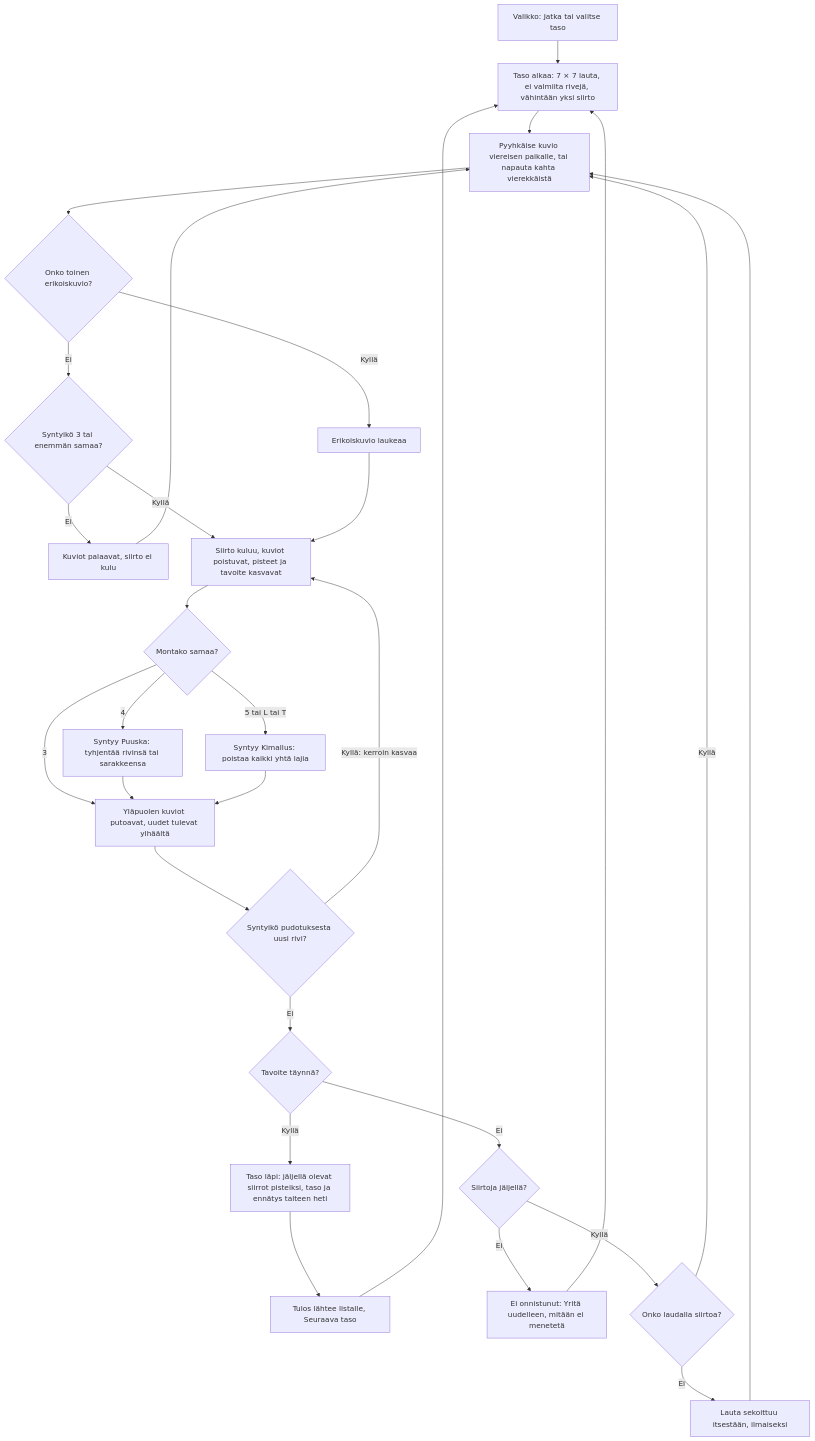
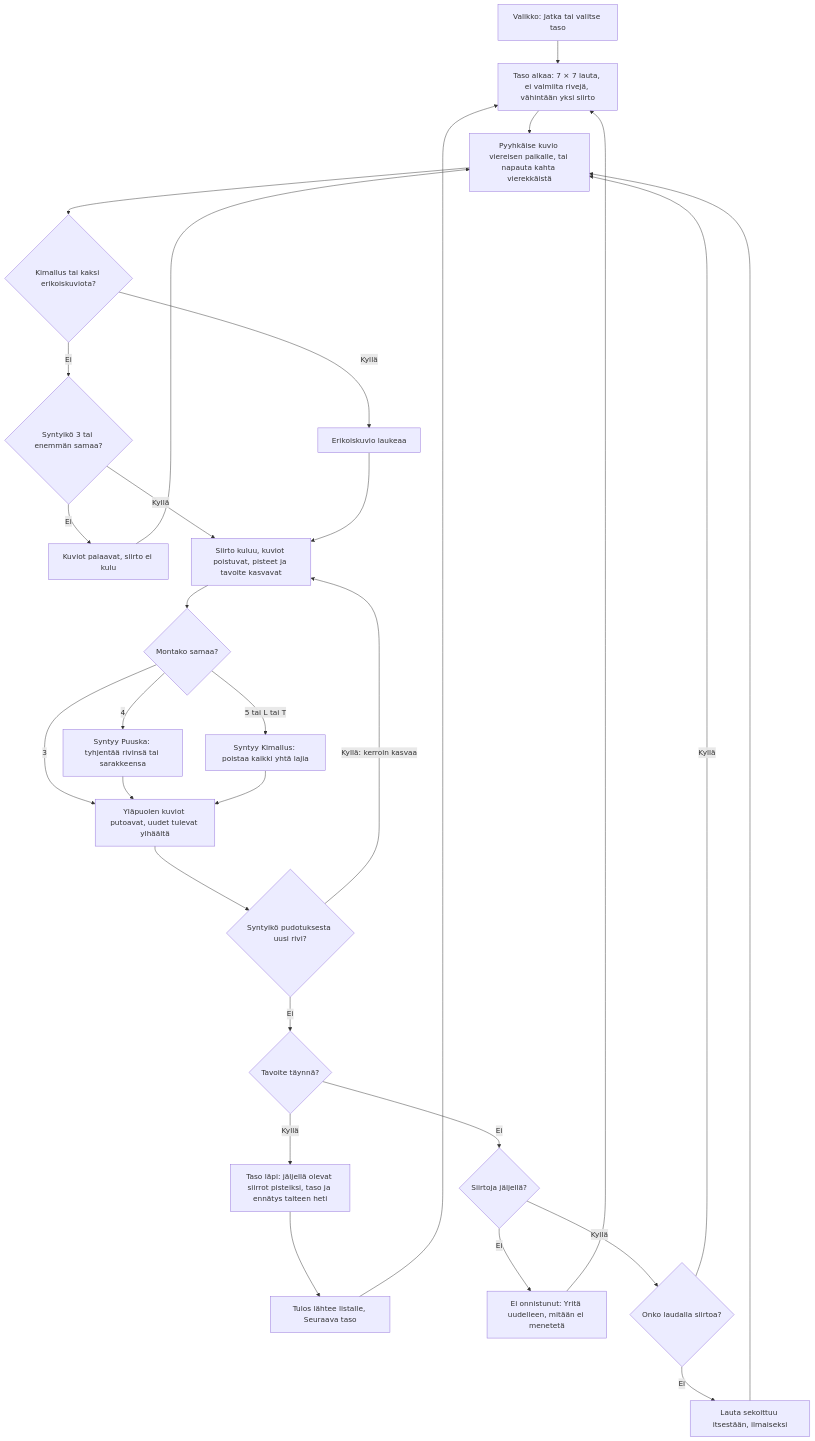
The diagram in docs/diagrams/marjakori.md (eerovil/ai-pelit), drawn with Mermaid before and after one commit. The commit also changed 4 other files, not shown here.

````diff
--- a/docs/diagrams/marjakori.md
+++ b/docs/diagrams/marjakori.md
@@ -5,37 +5,37 @@
 ```mermaid
 flowchart TD
   A[Valikko: Jatka tai valitse taso] --> B[Taso alkaa: 7 × 7 lauta, ei valmiita rivejä, vähintään yksi siirto]
   B --> C[Pyyhkäise kuvio viereisen paikalle, tai napauta kahta vierekkäistä]
-  C --> D{Onko toinen erikoiskuvio?}
+  C --> D{Kimallus tai kaksi erikoiskuviota?}
   D -- Kyllä --> H[Erikoiskuvio laukeaa]
   D -- Ei --> E{Syntyikö 3 tai enemmän samaa?}
   E -- Ei --> F[Kuviot palaavat, siirto ei kulu]
   F --> C
   E -- Kyllä --> G[Siirto kuluu, kuviot poistuvat, pisteet ja tavoite kasvavat]
   H --> G
   G --> I{Montako samaa?}
   I -- 3 --> K[Yläpuolen kuviot putoavat, uudet tulevat ylhäältä]
   I -- 4 --> J1[Syntyy Puuska: tyhjentää rivinsä tai sarakkeensa]
   I -- 5 tai L tai T --> J2[Syntyy Kimallus: poistaa kaikki yhtä lajia]
   J1 --> K
   J2 --> K
   K --> L{Syntyikö pudotuksesta uusi rivi?}
   L -- Kyllä: kerroin kasvaa --> G
   L -- Ei --> M{Tavoite täynnä?}
   M -- Kyllä --> N[Taso läpi: jäljellä olevat siirrot pisteiksi, taso ja ennätys talteen heti]
   N --> O[Tulos lähtee listalle, Seuraava taso]
   O --> B
   M -- Ei --> P{Siirtoja jäljellä?}
   P -- Ei --> Q[Ei onnistunut: Yritä uudelleen, mitään ei menetetä]
   Q --> B
   P -- Kyllä --> R{Onko laudalla siirtoa?}
   R -- Ei --> S[Lauta sekoittuu itsestään, ilmaiseksi]
   S --> C
   R -- Kyllä --> C
 
   class A,B,C blue
   class D,E,I,L,M,P,R amber
   class G,H,J1,J2,K,S violet
   class F,Q rose
   class N,O green
 ```
````
